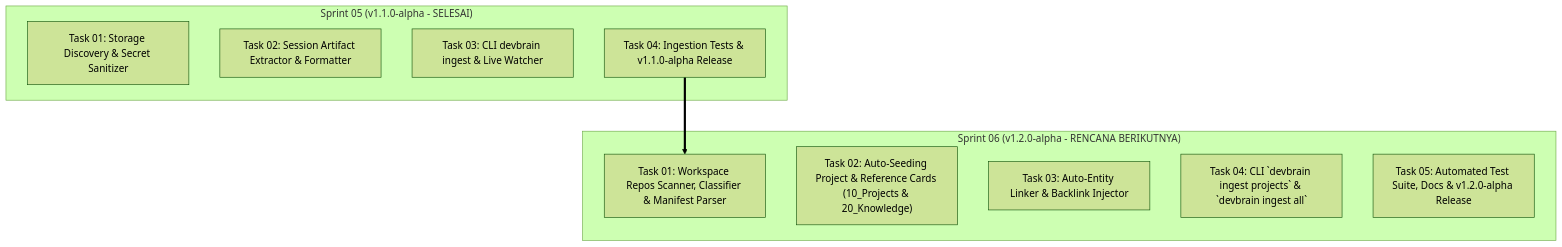
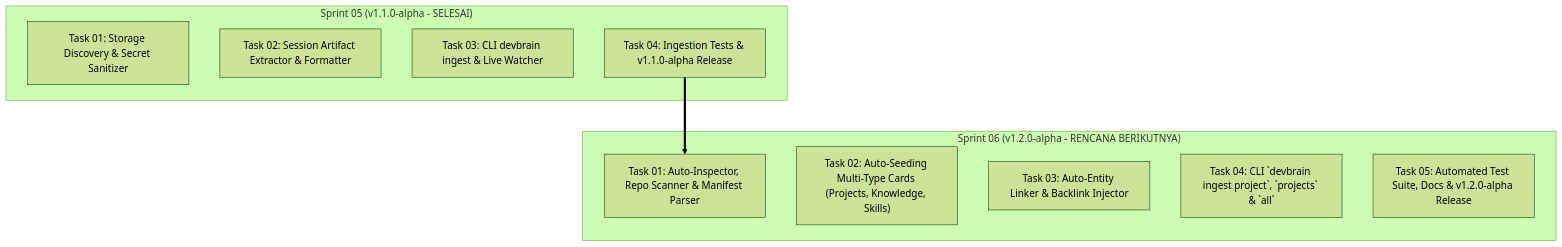
Before and after one commit to DycandX/devbrain: the diagram in docs/implementation-plan/level-1/02-implementation-plan-level-1-extend-1-1.md, drawn with Mermaid (forest theme). The commit also changed other lines of this file and 1 other file, not shown here.

Commit message:
docs(brainstorming): add targeted single repo ingestion, auto-inspector, and update implementation plan

````diff
--- a/docs/implementation-plan/level-1/02-implementation-plan-level-1-extend-1-1.md
+++ b/docs/implementation-plan/level-1/02-implementation-plan-level-1-extend-1-1.md
@@ -49,19 +53,19 @@
 ```mermaid
 graph TD
     subgraph "Sprint 05 (v1.1.0-alpha - SELESAI)"
         S05_T1["Task 01: Storage Discovery & Secret Sanitizer"]
         S05_T2["Task 02: Session Artifact Extractor & Formatter"]
         S05_T3["Task 03: CLI devbrain ingest & Live Watcher"]
         S05_T4["Task 04: Ingestion Tests & v1.1.0-alpha Release"]
     end
 
     subgraph "Sprint 06 (v1.2.0-alpha - RENCANA BERIKUTNYA)"
-        S06_T1["Task 01: Workspace Repos Scanner, Classifier & Manifest Parser"]
-        S06_T2["Task 02: Auto-Seeding Project & Reference Cards (10_Projects & 20_Knowledge)"]
+        S06_T1["Task 01: Auto-Inspector, Repo Scanner & Manifest Parser"]
+        S06_T2["Task 02: Auto-Seeding Multi-Type Cards (Projects, Knowledge, Skills)"]
         S06_T3["Task 03: Auto-Entity Linker & Backlink Injector"]
-        S06_T4["Task 04: CLI `devbrain ingest projects` & `devbrain ingest all`"]
+        S06_T4["Task 04: CLI `devbrain ingest project`, `projects` & `all`"]
         S06_T5["Task 05: Automated Test Suite, Docs & v1.2.0-alpha Release"]
     end
 
     S05_T4 ==> S06_T1
 ```
````
